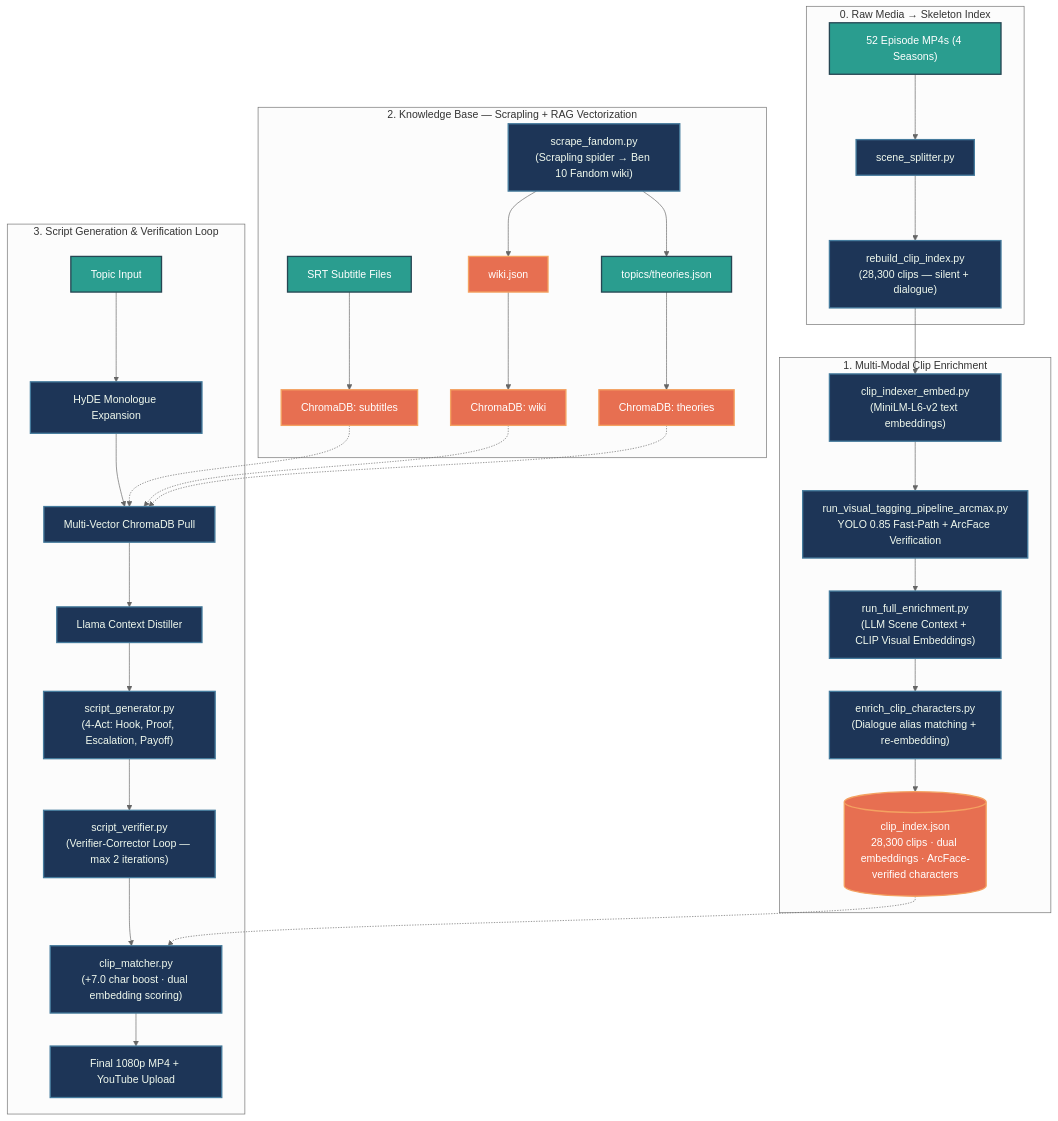
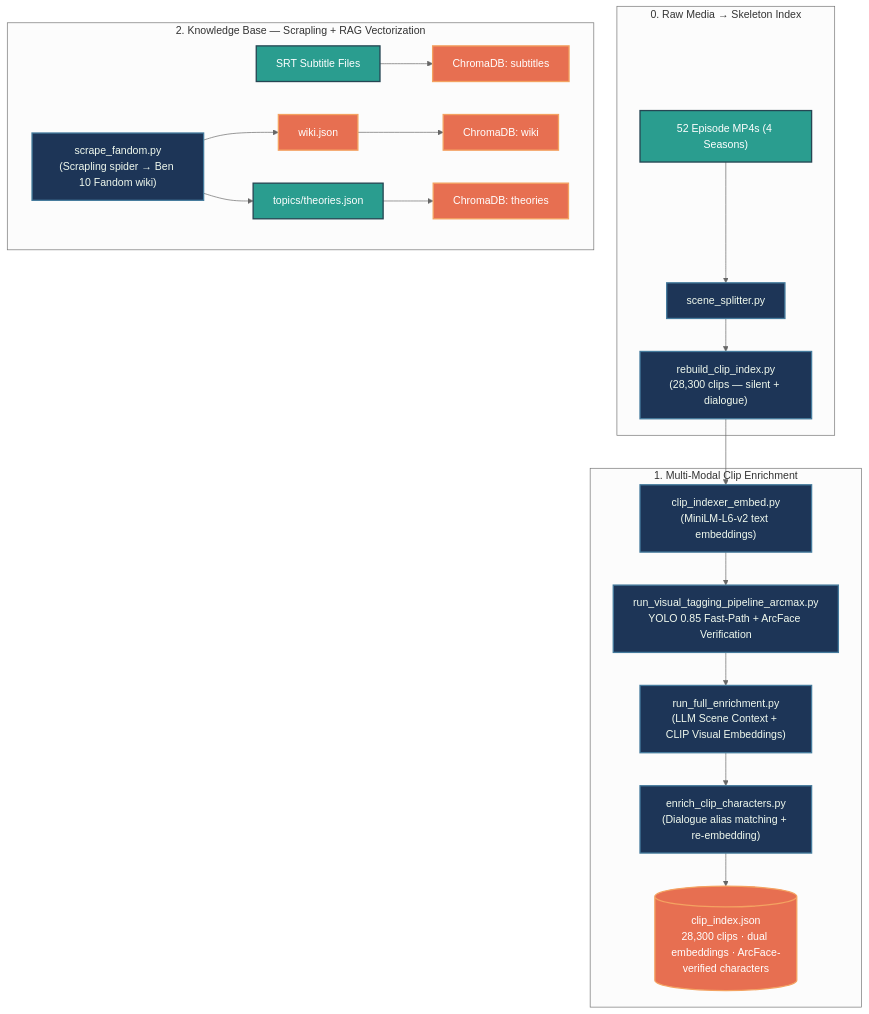
One commit to 25bda095-droid/AutomationPipeline changed the first of 3 diagrams in README.md. Above: the diagram before and after it, drawn with Mermaid (neutral theme). The commit also changed other lines of this file, not shown here.

````diff
--- a/README.md
+++ b/README.md
@@ -38,46 +36,32 @@
 ```mermaid
 flowchart TD
     classDef phase fill:#2b2d42,stroke:#8d99ae,stroke-width:2px,color:#edf2f4;
     classDef script fill:#1d3557,stroke:#457b9d,stroke-width:2px,color:#f1faee;
     classDef data fill:#2a9d8f,stroke:#264653,stroke-width:2px,color:#ffffff;
     classDef db fill:#e76f51,stroke:#f4a261,stroke-width:2px,color:#ffffff;
 
     subgraph Phase0 ["0. Raw Media → Skeleton Index"]
         RawMP4["52 Episode MP4s (4 Seasons)"] --> Split["scene_splitter.py"]
         Split --> Rebuild["rebuild_clip_index.py\n(28,300 clips — silent + dialogue)"]
     end
 
     subgraph Phase1 ["1. Multi-Modal Clip Enrichment"]
         Rebuild --> Embed["clip_indexer_embed.py\n(MiniLM-L6-v2 text embeddings)"]
         Embed --> ArcMax["run_visual_tagging_pipeline_arcmax.py\nYOLO 0.85 Fast-Path + ArcFace Verification"]
         ArcMax --> FullEnrich["run_full_enrichment.py\n(LLM Scene Context + CLIP Visual Embeddings)"]
         FullEnrich --> CharEnrich["enrich_clip_characters.py\n(Dialogue alias matching + re-embedding)"]
         CharEnrich --> ClipIdx[("clip_index.json\n28,300 clips · dual embeddings · ArcFace-verified characters")]
     end
 
     subgraph Phase2 ["2. Knowledge Base — Scrapling + RAG Vectorization"]
         FandomScrape["scrape_fandom.py\n(Scrapling spider → Ben 10 Fandom wiki)"] --> WikiJSON["wiki.json"]
         FandomScrape --> TheoriesJSON["topics/theories.json"]
         SubSRT["SRT Subtitle Files"] --> ColSub["ChromaDB: subtitles"]
         WikiJSON --> ColWiki["ChromaDB: wiki"]
         TheoriesJSON --> ColTopic["ChromaDB: theories"]
     end
 
-    subgraph Phase3 ["3. Script Generation & Verification Loop"]
-        TopicIn["Topic Input"] --> HyDE["HyDE Monologue Expansion"]
-        HyDE --> Pull["Multi-Vector ChromaDB Pull"]
-        ColSub -.-> Pull
-        ColWiki -.-> Pull
-        ColTopic -.-> Pull
-        Pull --> Distiller["Llama Context Distiller"]
-        Distiller --> ScriptGen["script_generator.py\n(4-Act: Hook, Proof, Escalation, Payoff)"]
-        ScriptGen --> Verifier["script_verifier.py\n(Verifier-Corrector Loop — max 2 iterations)"]
-        Verifier --> Matcher["clip_matcher.py\n(+7.0 char boost · dual embedding scoring)"]
-        ClipIdx -.-> Matcher
-        Matcher --> FinalOut["Final 1080p MP4 + YouTube Upload"]
-    end
-
     class RawMP4,TopicIn,SubSRT,TheoriesJSON data;
-    class Split,Rebuild,Embed,ArcMax,FullEnrich,CharEnrich,FandomScrape,HyDE,Pull,Distiller,ScriptGen,Verifier,Matcher,FinalOut script;
+    class Split,Rebuild,Embed,ArcMax,FullEnrich,CharEnrich,FandomScrape script;
     class ClipIdx,ColSub,ColWiki,ColTopic,WikiJSON db;
 ```
````
